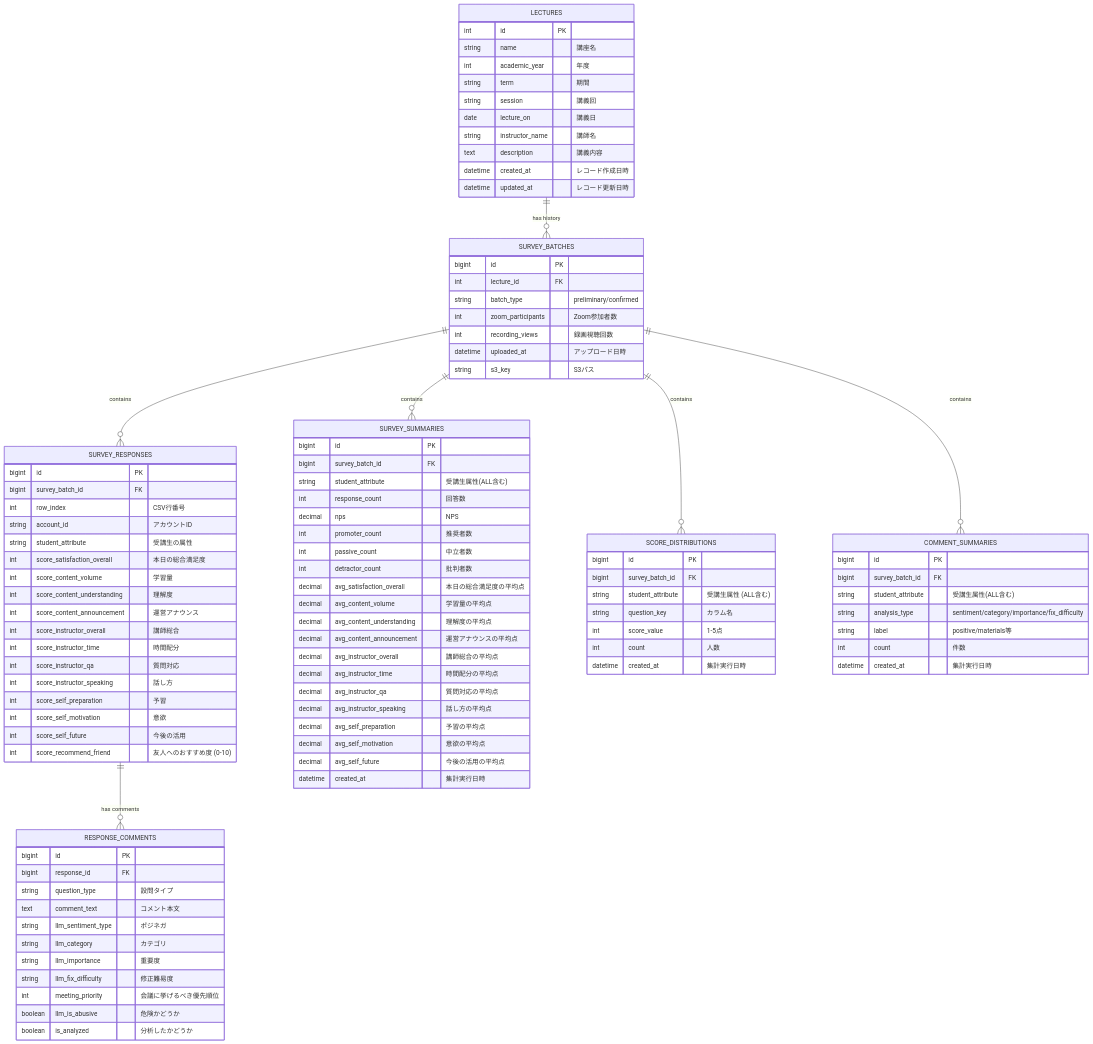
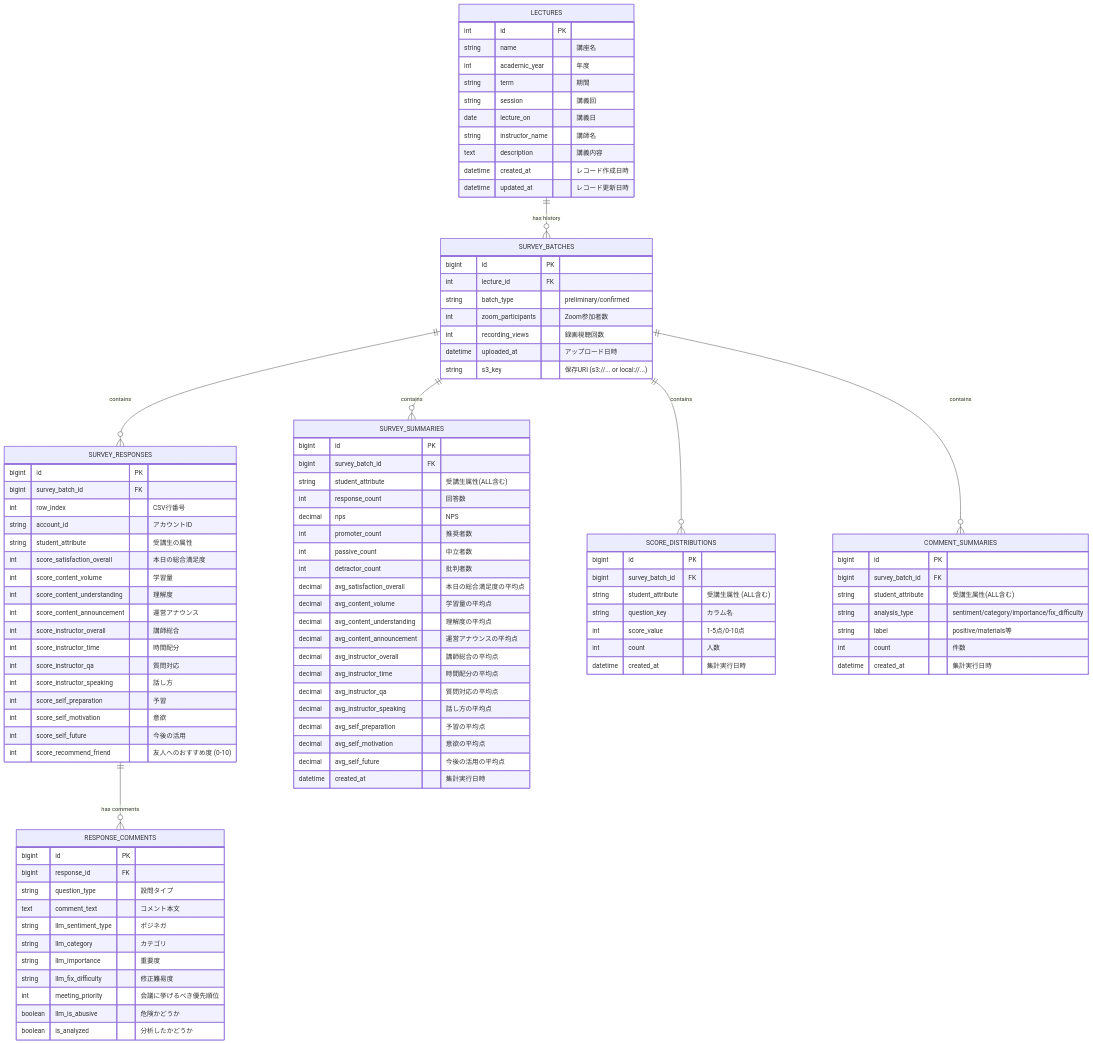
One commit to matsuolab/AIE-DXproject_1_front changed the diagram in docs/database.md. Above: the diagram before and after it, drawn with Mermaid. The commit also changed other lines of this file and 2 other files, not shown here.

```diff
--- a/docs/database.md
+++ b/docs/database.md
@@ -34,7 +34,7 @@
         int zoom_participants "Zoom参加者数"
         int recording_views "録画視聴回数"
         datetime uploaded_at "アップロード日時"
-        string s3_key "S3パス"
+        string s3_key "保存URI (s3://... or local://...)"
     }
 
     SURVEY_RESPONSES {
@@ -99,7 +99,7 @@
         bigint survey_batch_id FK
         string student_attribute "受講生属性 (ALL含む)"
         string question_key "カラム名"
-        int score_value "1-5点"
+        int score_value "1-5点/0-10点"
         int count "人数"
         datetime created_at "集計実行日時"
     }
```
